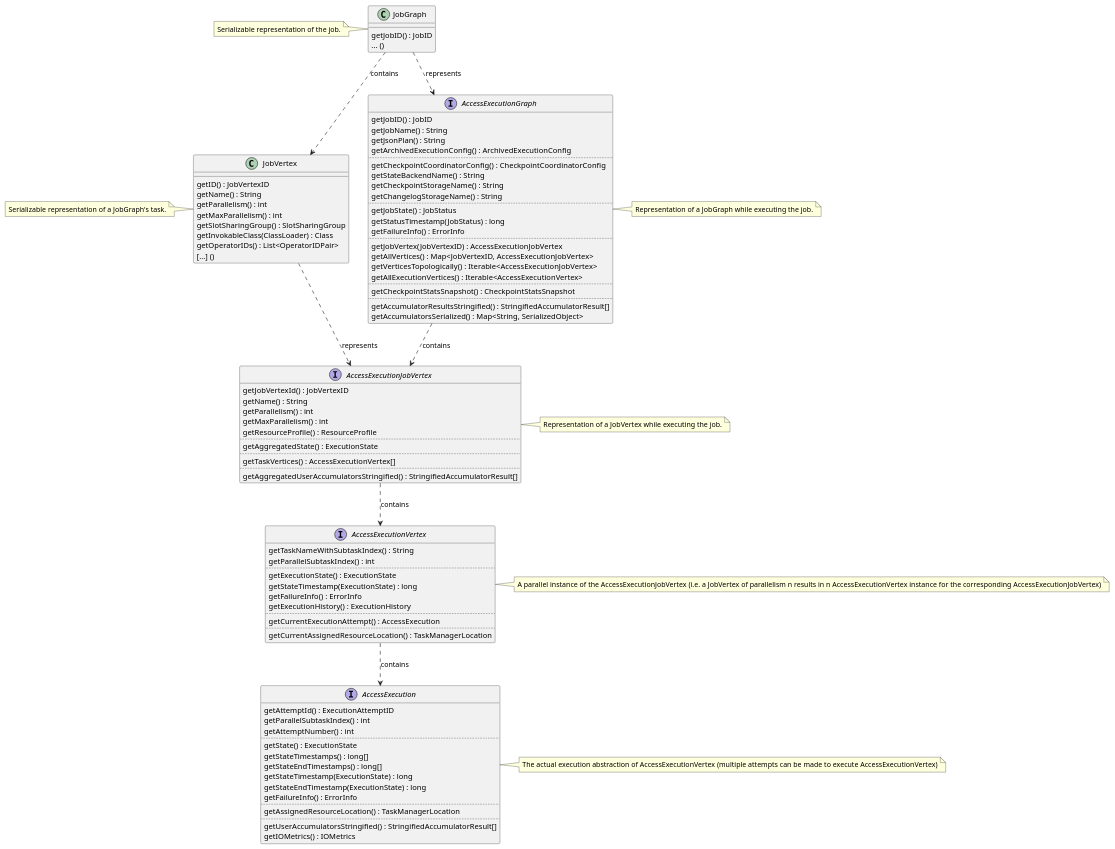
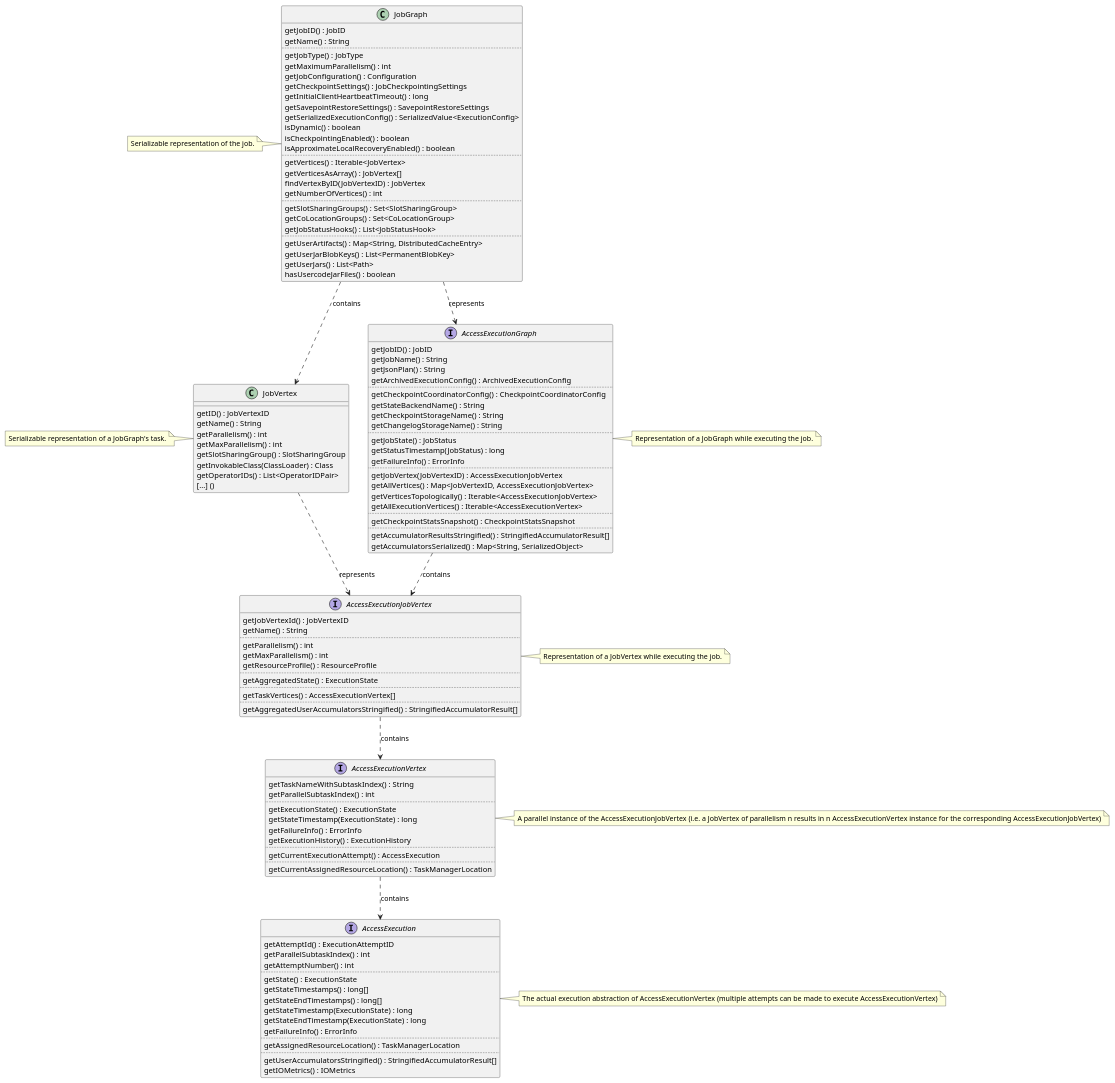
The diagram in plantuml/executiongraph.puml (XComp/flink-diagrams), drawn with PlantUML before and after one commit.

Commit message:
Updates ExecutionGraph class diagram

```diff
--- a/plantuml/executiongraph.puml
+++ b/plantuml/executiongraph.puml
@@ -1,108 +1,134 @@
 @startuml
 'https://plantuml.com/class-diagram
 
 class JobGraph {
     getJobID() : JobID
-    ... ()
+    getName() : String
+    ..
+    getJobType() : JobType
+    getMaximumParallelism() : int
+    getJobConfiguration() : Configuration
+    getCheckpointSettings() : JobCheckpointingSettings
+    getInitialClientHeartbeatTimeout() : long
+    getSavepointRestoreSettings() : SavepointRestoreSettings
+    getSerializedExecutionConfig() : SerializedValue<ExecutionConfig>
+    isDynamic() : boolean
+    isCheckpointingEnabled() : boolean
+    isApproximateLocalRecoveryEnabled() : boolean
+    ..
+    getVertices() : Iterable<JobVertex>
+    getVerticesAsArray() : JobVertex[]
+    findVertexByID(JobVertexID) : JobVertex
+    getNumberOfVertices() : int
+    ..
+    getSlotSharingGroups() : Set<SlotSharingGroup>
+    getCoLocationGroups() : Set<CoLocationGroup>
+    getJobStatusHooks() : List<JobStatusHook>
+    ..
+    getUserArtifacts() : Map<String, DistributedCacheEntry>
+    getUserJarBlobKeys() : List<PermanentBlobKey>
+    getUserJars() : List<Path>
+    hasUsercodeJarFiles() : boolean
 }
 
 class JobVertex {
     getID() : JobVertexID
     getName() : String
     getParallelism() : int
     getMaxParallelism() : int
     getSlotSharingGroup() : SlotSharingGroup
     getInvokableClass(ClassLoader) : Class
     getOperatorIDs() : List<OperatorIDPair>
     [...] ()
 }
 note left of JobVertex: Serializable representation of a JobGraph's task.
 
 interface AccessExecutionGraph {
     getJobID() : JobID
     getJobName() : String
     getJsonPlan() : String
     getArchivedExecutionConfig() : ArchivedExecutionConfig
     ..
     getCheckpointCoordinatorConfig() : CheckpointCoordinatorConfig
     getStateBackendName() : String
     getCheckpointStorageName() : String
     getChangelogStorageName() : String
     ..
     getJobState() : JobStatus
     getStatusTimestamp(JobStatus) : long
     getFailureInfo() : ErrorInfo
     ..
     getJobVertex(JobVertexID) : AccessExecutionJobVertex
     getAllVertices() : Map<JobVertexID, AccessExecutionJobVertex>
     getVerticesTopologically() : Iterable<AccessExecutionJobVertex>
     getAllExecutionVertices() : Iterable<AccessExecutionVertex>
     ..
     getCheckpointStatsSnapshot() : CheckpointStatsSnapshot
     ..
     getAccumulatorResultsStringified() : StringifiedAccumulatorResult[]
     getAccumulatorsSerialized() : Map<String, SerializedObject>
 }
 
 interface AccessExecutionJobVertex {
     getJobVertexId() : JobVertexID
     getName() : String
+    ..
     getParallelism() : int
     getMaxParallelism() : int
     getResourceProfile() : ResourceProfile
     ..
     getAggregatedState() : ExecutionState
     ..
     getTaskVertices() : AccessExecutionVertex[]
     ..
     getAggregatedUserAccumulatorsStringified() : StringifiedAccumulatorResult[]
 }
 
 interface AccessExecutionVertex {
     getTaskNameWithSubtaskIndex() : String
     getParallelSubtaskIndex() : int
     ..
     getExecutionState() : ExecutionState
     getStateTimestamp(ExecutionState) : long
     getFailureInfo() : ErrorInfo
     getExecutionHistory() : ExecutionHistory
     ..
     getCurrentExecutionAttempt() : AccessExecution
     ..
     getCurrentAssignedResourceLocation() : TaskManagerLocation
 }
 
 interface AccessExecution {
     getAttemptId() : ExecutionAttemptID
     getParallelSubtaskIndex() : int
     getAttemptNumber() : int
     ..
     getState() : ExecutionState
     getStateTimestamps() : long[]
     getStateEndTimestamps() : long[]
     getStateTimestamp(ExecutionState) : long
     getStateEndTimestamp(ExecutionState) : long
     getFailureInfo() : ErrorInfo
     ..
     getAssignedResourceLocation() : TaskManagerLocation
     ..
     getUserAccumulatorsStringified() : StringifiedAccumulatorResult[]
     getIOMetrics() : IOMetrics
 }
 
 note left of JobGraph: Serializable representation of the job.
 
 note right of AccessExecutionGraph: Representation of a JobGraph while executing the job.
 note right of AccessExecutionJobVertex: Representation of a JobVertex while executing the job.
 note right of AccessExecutionVertex: A parallel instance of the AccessExecutionJobVertex (i.e. a JobVertex of parallelism n results in n AccessExecutionVertex instance for the corresponding AccessExecutionJobVertex)
 note right of AccessExecution: The actual execution abstraction of AccessExecutionVertex (multiple attempts can be made to execute AccessExecutionVertex)
 
 JobGraph ..> JobVertex : contains
 AccessExecutionGraph ..> AccessExecutionJobVertex : contains
 AccessExecutionJobVertex ..> AccessExecutionVertex : contains
 AccessExecutionVertex ..> AccessExecution : contains
 
 JobGraph ..> AccessExecutionGraph : represents
 JobVertex ..> AccessExecutionJobVertex : represents
 
 @enduml
```
